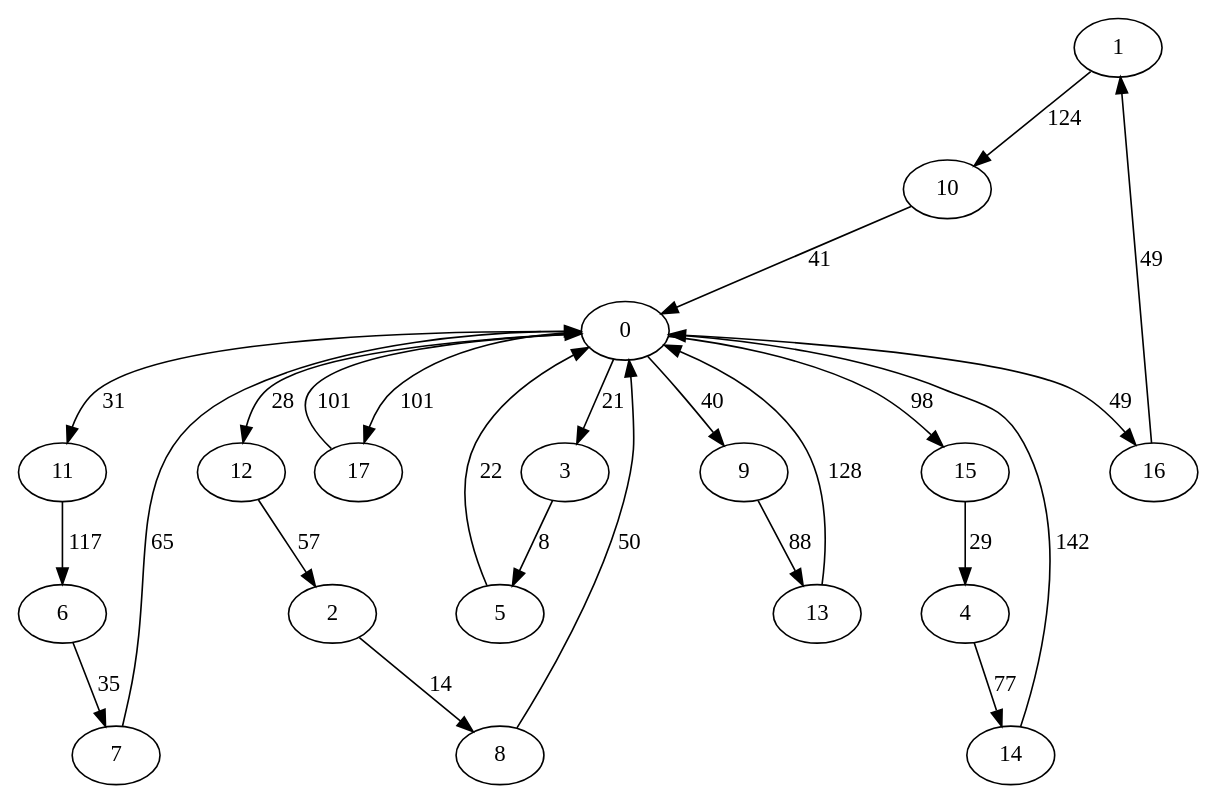
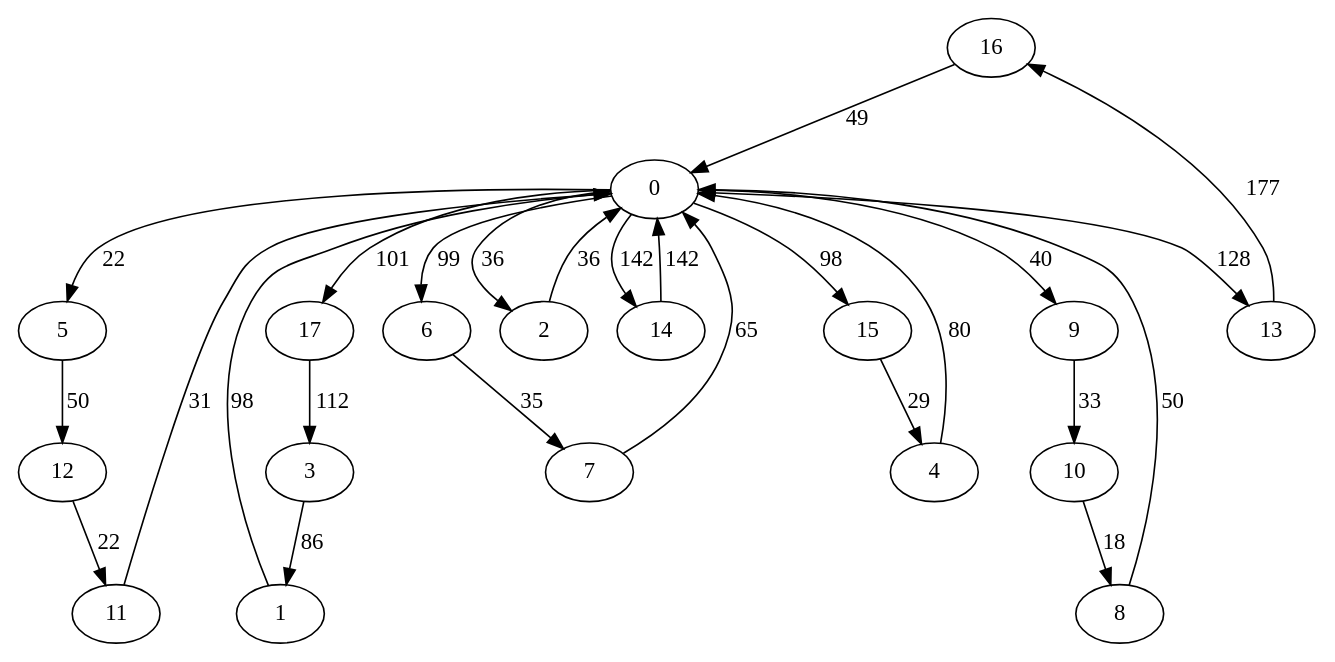
The diagram in grafos/iteration6.dot (akosej/vehicle_routing), drawn with Graphviz before and after one commit. The commit also changed 9 other files, not shown here.

```diff
--- a/grafos/iteration6.dot
+++ b/grafos/iteration6.dot
@@ -1,45 +1,46 @@
 digraph G {
-	1->10[ label=124 ];
-	11->6[ label=117 ];
+	16->0[ label=49 ];
+	12->11[ label=22 ];
+	11->0[ label=31 ];
+	1->0[ label=98 ];
+	10->8[ label=18 ];
+	4->0[ label=80 ];
+	13->16[ label=177 ];
+	0->5[ label=22 ];
+	0->17[ label=101 ];
+	0->6[ label=99 ];
+	0->9[ label=40 ];
+	0->15[ label=98 ];
+	0->2[ label=36 ];
+	0->13[ label=128 ];
+	0->14[ label=142 ];
+	3->1[ label=86 ];
+	9->10[ label=33 ];
+	6->7[ label=35 ];
 	7->0[ label=65 ];
-	4->14[ label=77 ];
-	12->2[ label=57 ];
-	5->0[ label=22 ];
-	13->0[ label=128 ];
+	5->12[ label=50 ];
+	2->0[ label=36 ];
+	14->0[ label=142 ];
+	17->3[ label=112 ];
+	8->0[ label=50 ];
 	15->4[ label=29 ];
-	17->0[ label=101 ];
-	0->3[ label=21 ];
-	0->16[ label=49 ];
-	0->11[ label=31 ];
-	0->15[ label=98 ];
-	0->12[ label=28 ];
-	0->17[ label=101 ];
-	0->9[ label=40 ];
-	16->1[ label=49 ];
-	10->0[ label=41 ];
-	6->7[ label=35 ];
-	14->0[ label=142 ];
-	2->8[ label=14 ];
-	8->0[ label=50 ];
-	9->13[ label=88 ];
-	3->5[ label=8 ];
 	0 [ label=0 ];
 	1 [ label=1 ];
 	10 [ label=10 ];
 	11 [ label=11 ];
 	12 [ label=12 ];
 	13 [ label=13 ];
 	14 [ label=14 ];
 	15 [ label=15 ];
 	16 [ label=16 ];
 	17 [ label=17 ];
 	2 [ label=2 ];
 	3 [ label=3 ];
 	4 [ label=4 ];
 	5 [ label=5 ];
 	6 [ label=6 ];
 	7 [ label=7 ];
 	8 [ label=8 ];
 	9 [ label=9 ];
 
 }
```
